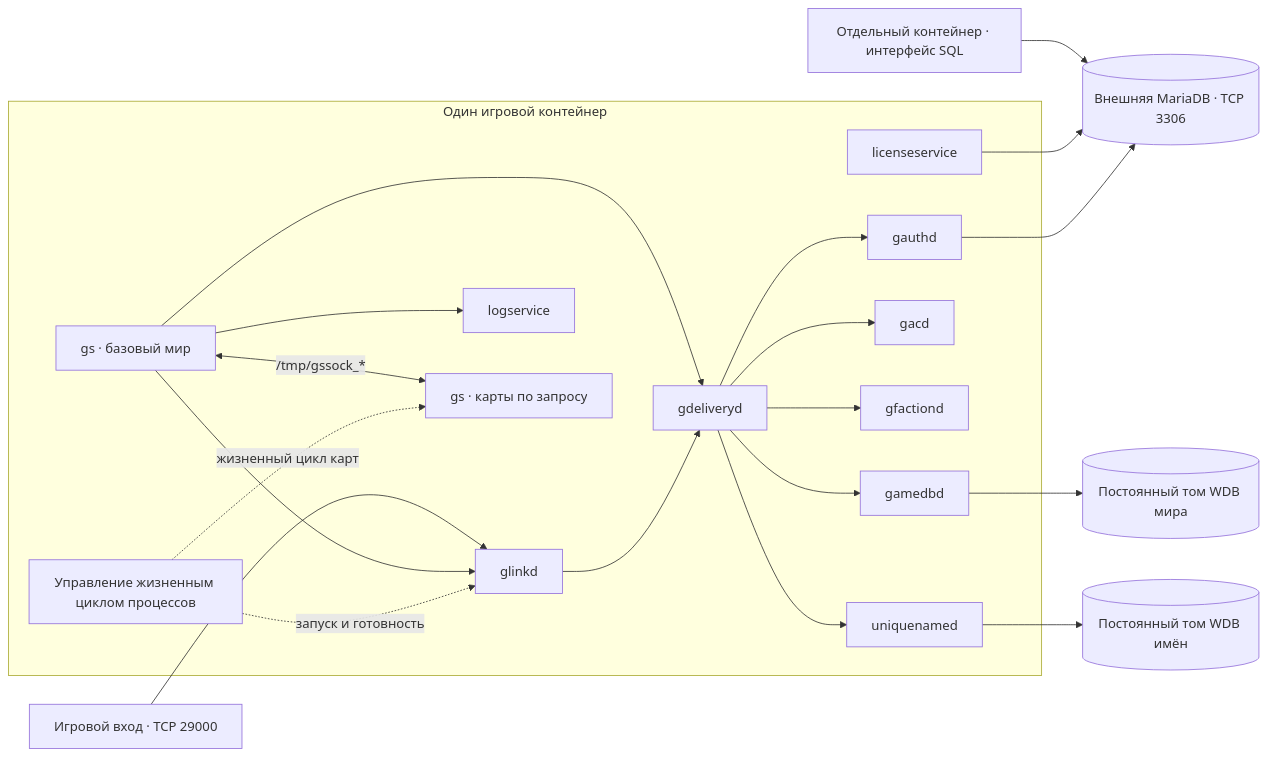
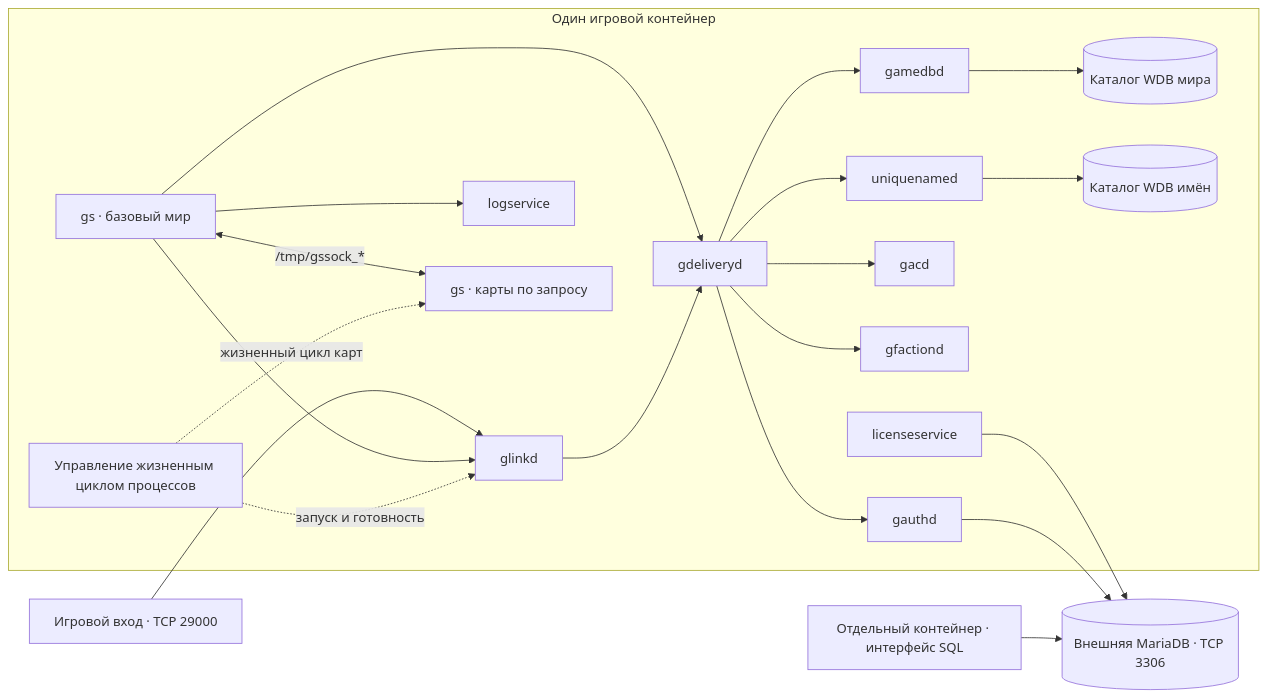
Before and after one commit to CPiracy/PWServer: the diagram in research/deployment-boundaries.ru.md, drawn with Mermaid. The commit also changed other lines of this file and 2 other files, not shown here.

Commit message:
Record symlink layout and GS startup write check

````diff
--- a/research/deployment-boundaries.ru.md
+++ b/research/deployment-boundaries.ru.md
@@ -5,34 +5,34 @@
 ```mermaid
 flowchart LR
     Ingress["Игровой вход · TCP 29000"]
     subgraph Game["Один игровой контейнер"]
         Run["Управление жизненным циклом процессов"]
         Link["glinkd"]
         Delivery["gdeliveryd"]
         Log["logservice"]
         Auth["gauthd"]
         License["licenseservice"]
         Anti["gacd"]
         Faction["gfactiond"]
         Role["gamedbd"]
         Name["uniquenamed"]
         World["gs · базовый мир"]
         Maps["gs · карты по запросу"]
         Run -.->|"запуск и готовность"| Link
         Run -.->|"жизненный цикл карт"| Maps
         World <-->|"/tmp/gssock_*"| Maps
         Link --> Delivery
         Delivery --> Auth & Anti & Faction & Role & Name
         World --> Link & Delivery & Log
+        Roles[("Каталог WDB мира")]
+        Names[("Каталог WDB имён")]
+        Role --> Roles
+        Name --> Names
     end
     Ingress --> Link
     DB[("Внешняя MariaDB · TCP 3306")]
-    Roles[("Постоянный том WDB мира")]
-    Names[("Постоянный том WDB имён")]
     SqlUI["Отдельный контейнер · интерфейс SQL"]
     Auth --> DB
     License --> DB
-    Role --> Roles
-    Name --> Names
     SqlUI --> DB
 ```
````
